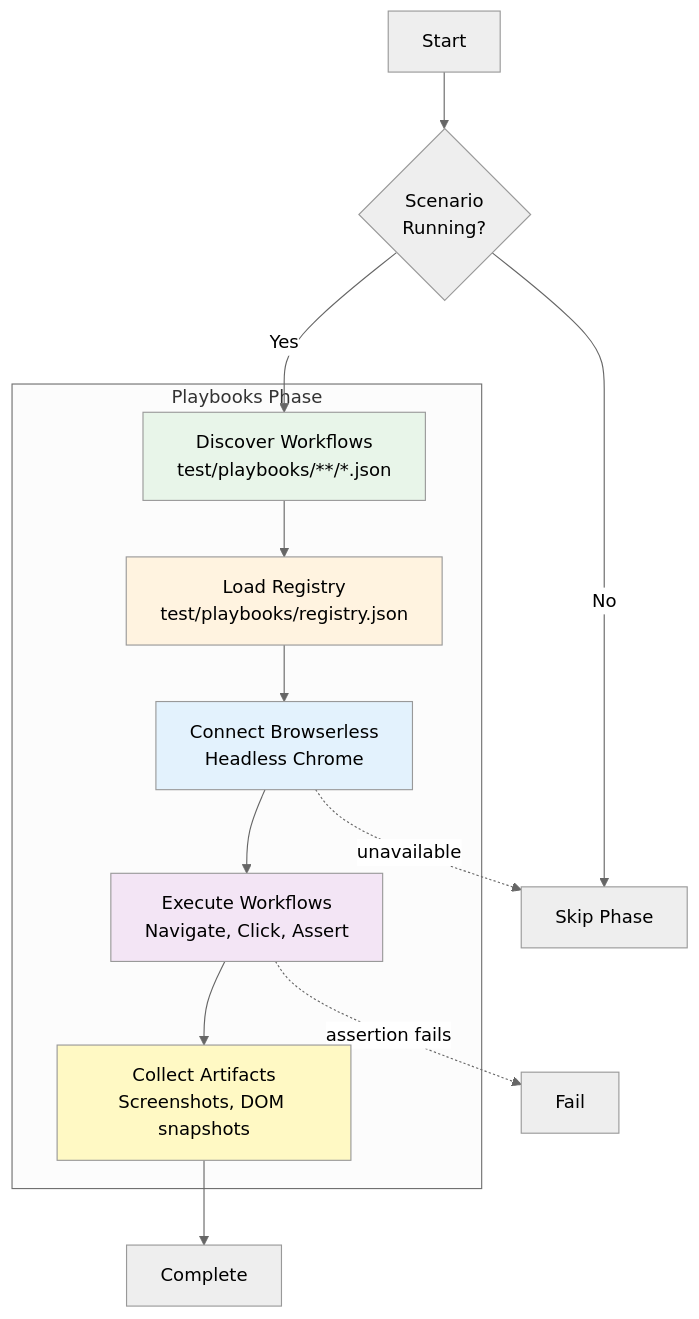
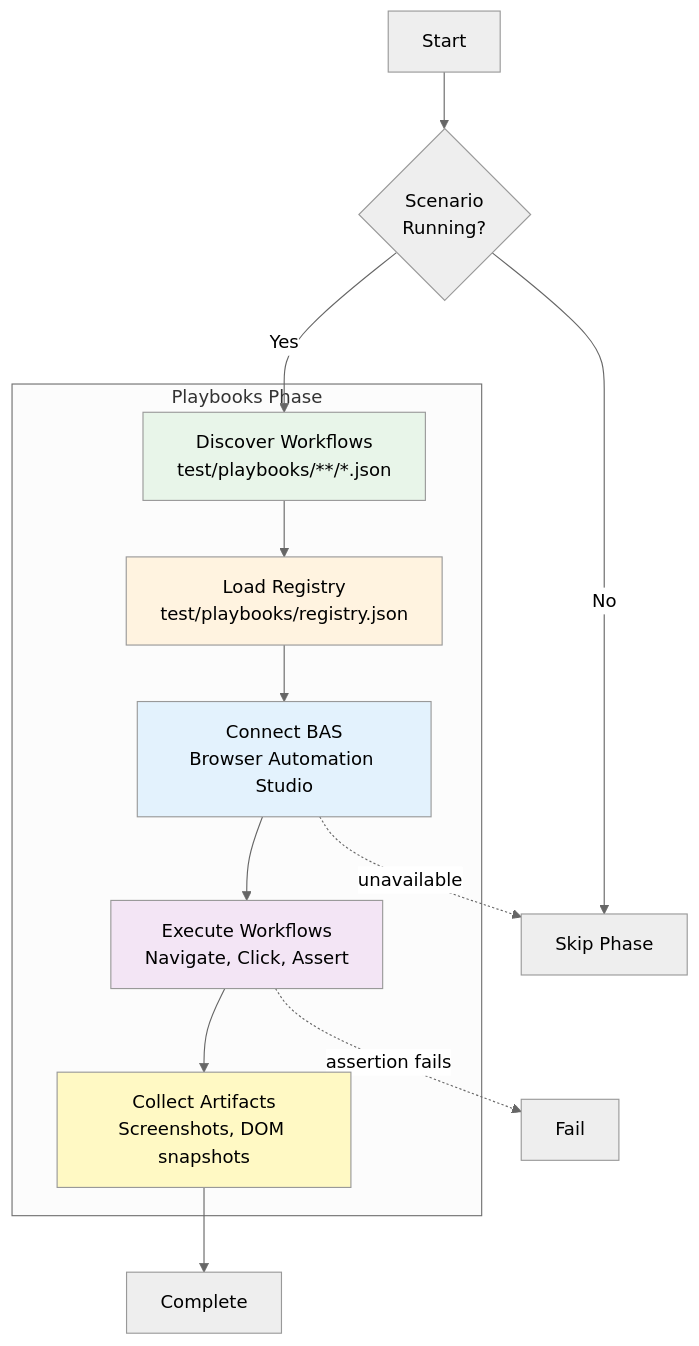
One commit to Vrooli/Vrooli changed the diagram in scenarios/test-genie/docs/phases/playbooks/README.md. Above: the diagram before and after it, drawn with Mermaid (neutral theme). The commit also changed other lines of this file and 24 other files, not shown here.

````diff
--- a/scenarios/test-genie/docs/phases/playbooks/README.md
+++ b/scenarios/test-genie/docs/phases/playbooks/README.md
@@ -12,29 +12,29 @@
 ```mermaid
 graph TB
     subgraph "Playbooks Phase"
         DISCOVER[Discover Workflows<br/>test/playbooks/**/*.json]
         REGISTRY[Load Registry<br/>test/playbooks/registry.json]
-        BROWSERLESS[Connect Browserless<br/>Headless Chrome]
+        BAS[Connect BAS<br/>Browser Automation Studio]
         EXECUTE[Execute Workflows<br/>Navigate, Click, Assert]
         ARTIFACTS[Collect Artifacts<br/>Screenshots, DOM snapshots]
     end
 
     START[Start] --> RUNTIME{Scenario<br/>Running?}
     RUNTIME -->|Yes| DISCOVER
     RUNTIME -->|No| SKIP[Skip Phase]
 
     DISCOVER --> REGISTRY
-    REGISTRY --> BROWSERLESS
-    BROWSERLESS --> EXECUTE
+    REGISTRY --> BAS
+    BAS --> EXECUTE
     EXECUTE --> ARTIFACTS
     ARTIFACTS --> DONE[Complete]
 
     EXECUTE -.->|assertion fails| FAIL[Fail]
-    BROWSERLESS -.->|unavailable| SKIP
+    BAS -.->|unavailable| SKIP
 
     style DISCOVER fill:#e8f5e9
     style REGISTRY fill:#fff3e0
-    style BROWSERLESS fill:#e3f2fd
+    style BAS fill:#e3f2fd
     style EXECUTE fill:#f3e5f5
     style ARTIFACTS fill:#fff9c4
 ```
````
